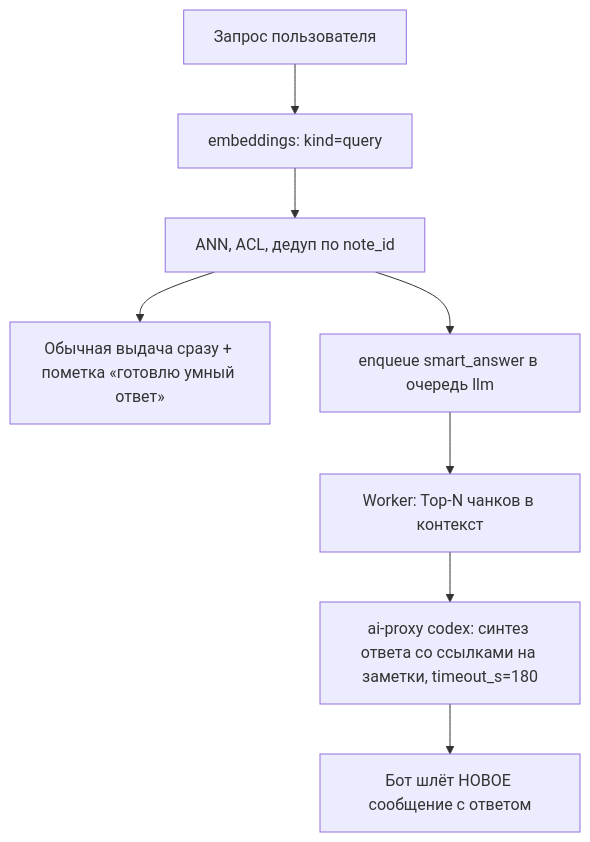
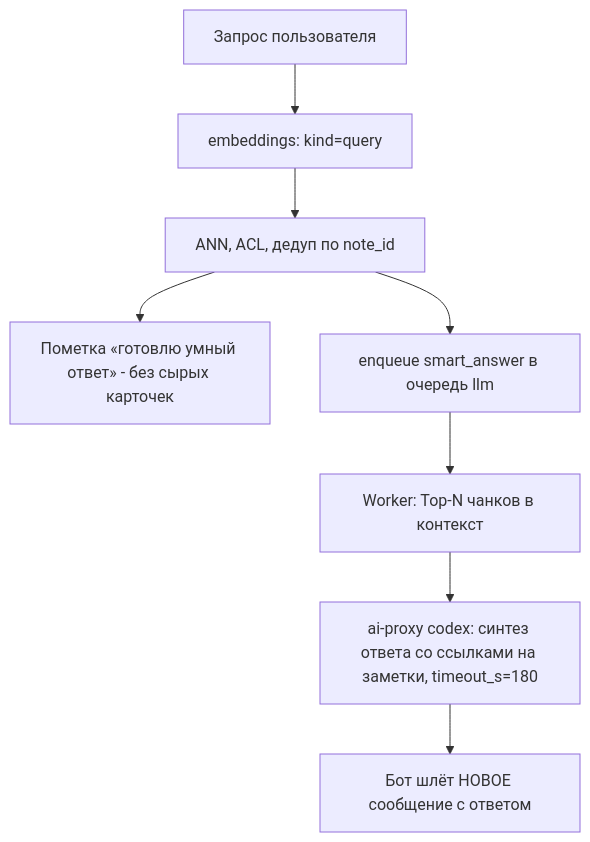
The diagram in docs/architecture/04-search.md (poohpeer/bot-notes), drawn with Mermaid before and after one commit. The commit also changed other lines of this file and 11 other files, not shown here.

````diff
--- a/docs/architecture/04-search.md
+++ b/docs/architecture/04-search.md
@@ -190,10 +190,10 @@
 ```mermaid
 flowchart TD
     A[Запрос пользователя] --> B[embeddings: kind=query]
     B --> C[ANN, ACL, дедуп по note_id]
-    C --> D[Обычная выдача сразу + пометка «готовлю умный ответ»]
+    C --> D[Пометка «готовлю умный ответ» - без сырых карточек]
     C --> E[enqueue smart_answer в очередь llm]
     E --> F[Worker: Top-N чанков в контекст]
     F --> G[ai-proxy codex: синтез ответа со ссылками на заметки, timeout_s=180]
     G --> H[Бот шлёт НОВОЕ сообщение с ответом]
 ```
````
